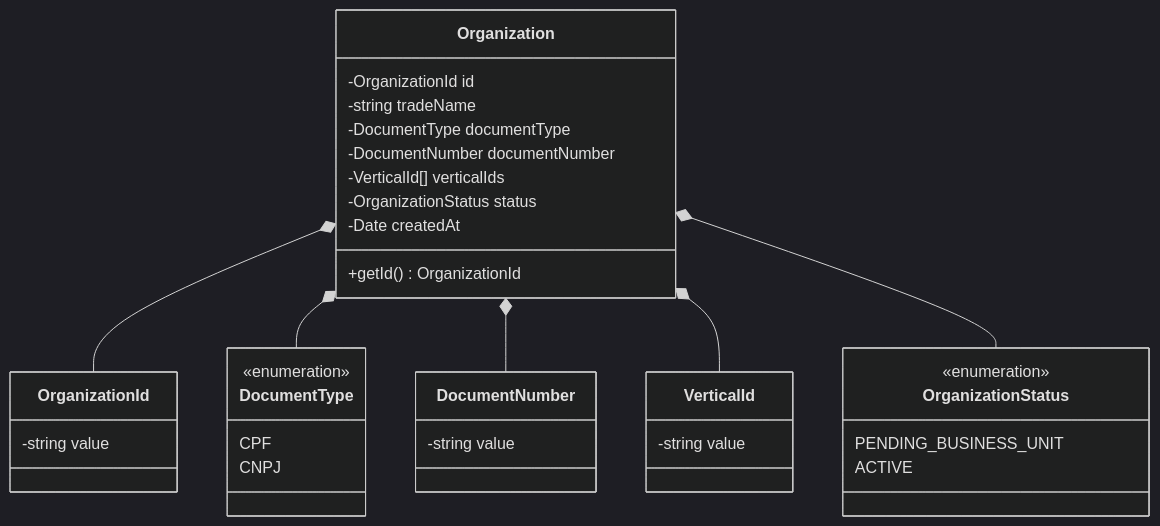
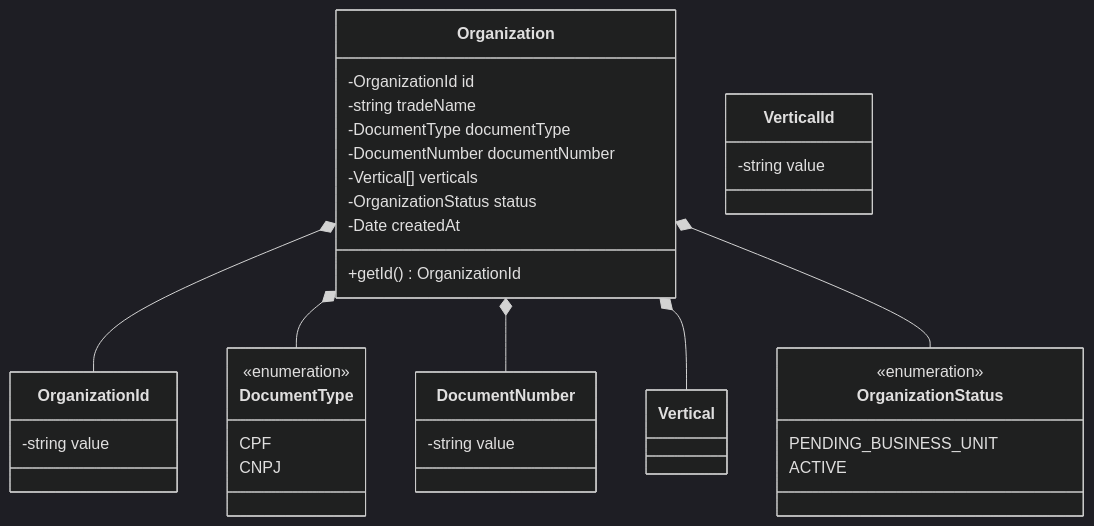
One commit to CSousa-Dev/smart-delivery changed the third of 7 diagrams in specs/modules/organization/07-list-organizations/design.md. Above: the diagram before and after it, drawn with Mermaid (dark theme). The commit also changed other lines of this file and 107 other files, not shown here.

Commit message:
feat(organization): vertical links and endpoints

````diff
--- a/specs/modules/organization/07-list-organizations/design.md
+++ b/specs/modules/organization/07-list-organizations/design.md
@@ -165,43 +197,43 @@
 ```mermaid
 classDiagram
     class Organization {
         -OrganizationId id
         -string tradeName
         -DocumentType documentType
         -DocumentNumber documentNumber
-        -VerticalId[] verticalIds
+        -Vertical[] verticals
         -OrganizationStatus status
         -Date createdAt
         +getId() OrganizationId
     }
 
     class OrganizationId {
         -string value
     }
 
     class DocumentType {
         <<enumeration>>
         CPF
         CNPJ
     }
 
     class DocumentNumber {
         -string value
     }
 
     class VerticalId {
         -string value
     }
 
     class OrganizationStatus {
         <<enumeration>>
         PENDING_BUSINESS_UNIT
         ACTIVE
     }
 
     Organization *-- OrganizationId
     Organization *-- DocumentType
     Organization *-- DocumentNumber
-    Organization *-- VerticalId
+    Organization *-- Vertical
     Organization *-- OrganizationStatus
 ```
````
